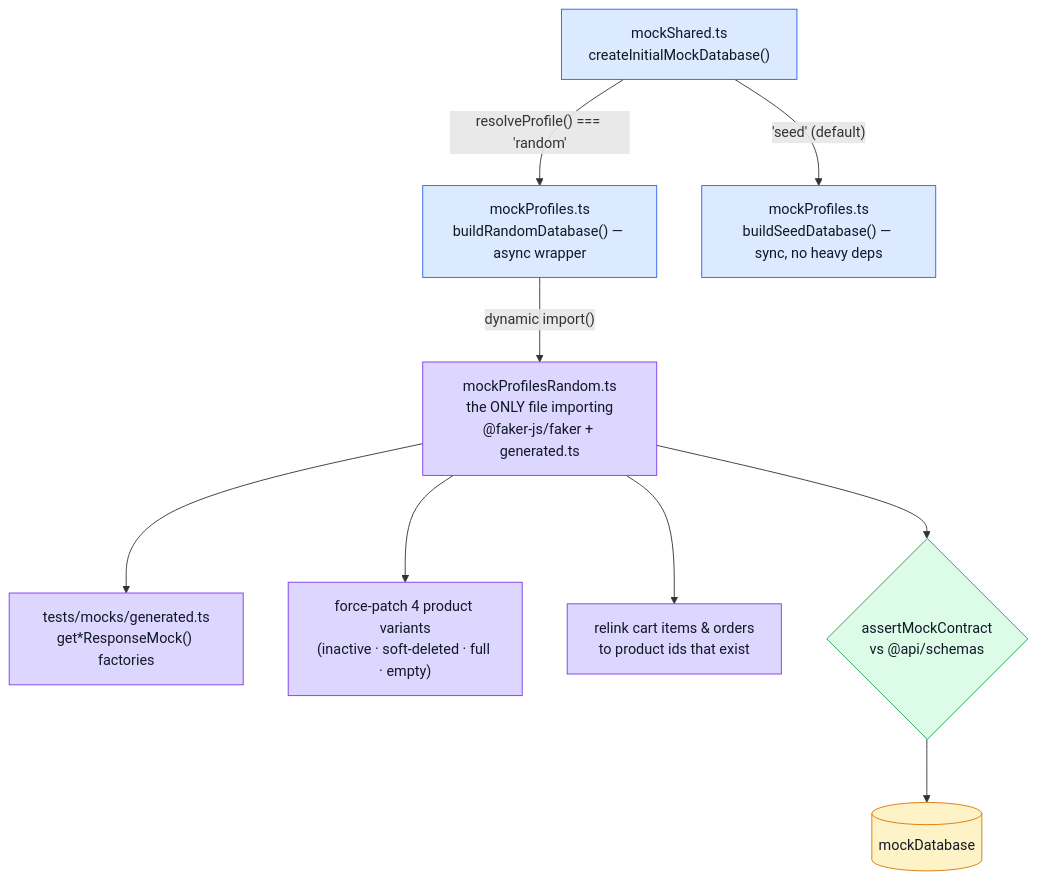
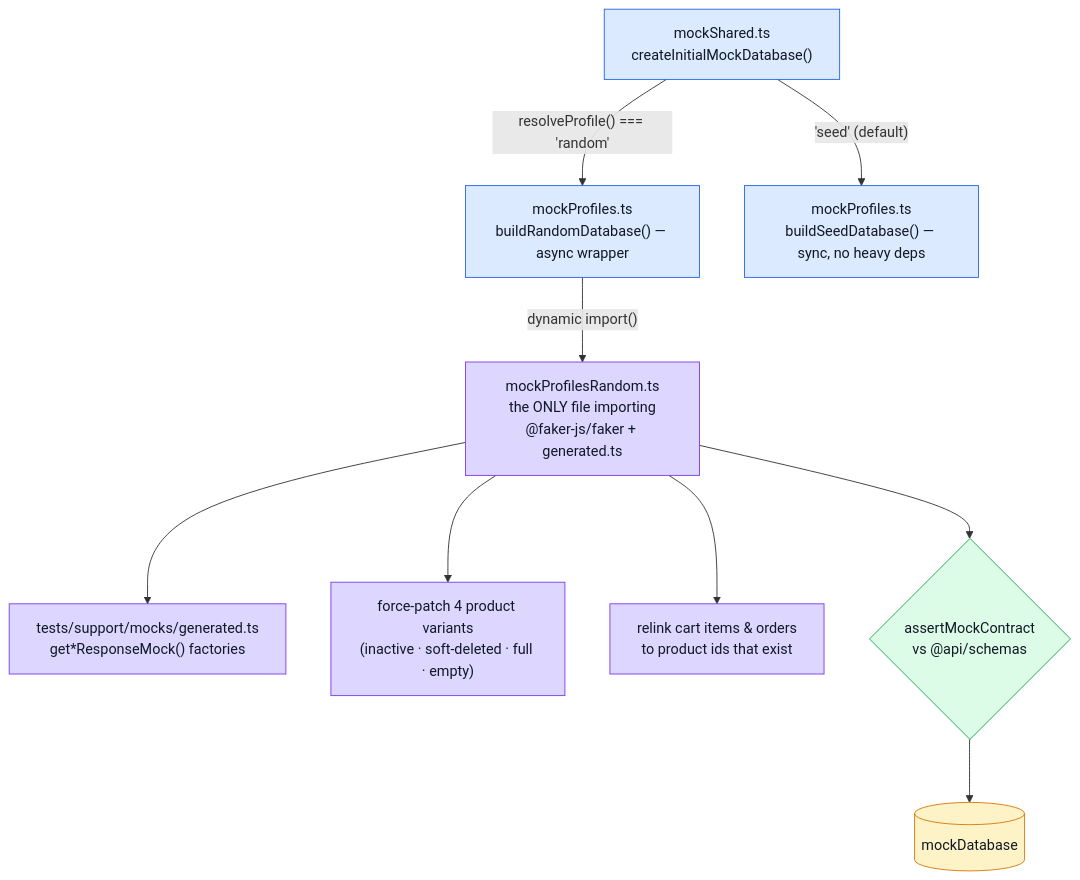
The first of 2 diagrams in docs/tools/e2e-random-profile.md (Guebbit/boilerplate-vue-frontend), drawn with Mermaid before and after one commit. The commit also changed other lines of this file and 385 other files, not shown here.

First line of the commit message:
feat!: 2.0.0 — modular architecture, tiered substrate, contracts as backend output

````diff
--- a/docs/tools/e2e-random-profile.md
+++ b/docs/tools/e2e-random-profile.md
@@ -25,21 +25,21 @@
 ```mermaid
 %%{init: {'flowchart': {'nodeSpacing': 50, 'rankSpacing': 70}}}%%
 flowchart TB
     Shared["mockShared.ts\ncreateInitialMockDatabase()"] -->|"resolveProfile() === 'random'"| Profiles["mockProfiles.ts\nbuildRandomDatabase() — async wrapper"]
     Shared -->|"'seed' (default)"| Seed["mockProfiles.ts\nbuildSeedDatabase() — sync, no heavy deps"]
     Profiles -->|"dynamic import()"| Random["mockProfilesRandom.ts\nthe ONLY file importing\n@faker-js/faker + generated.ts"]
-    Random --> Templates["tests/mocks/generated.ts\nget*ResponseMock() factories"]
+    Random --> Templates["tests/support/mocks/generated.ts\nget*ResponseMock() factories"]
     Random --> Patch["force-patch 4 product variants\n(inactive · soft-deleted · full · empty)"]
     Random --> Relink["relink cart items & orders\nto product ids that exist"]
     Random --> Validate{"assertMockContract\nvs @api/schemas"}
     Validate --> DB[("mockDatabase")]
 
     classDef entry fill:#dbeafe,stroke:#2563eb,color:#111827;
     classDef random fill:#ddd6fe,stroke:#7c3aed,color:#111827;
     classDef data fill:#fef3c7,stroke:#d97706,color:#111827;
     classDef check fill:#dcfce7,stroke:#16a34a,color:#111827;
     class Shared,Profiles,Seed entry;
     class Random,Templates,Patch,Relink random;
     class DB data;
     class Validate check;
 ```
````
